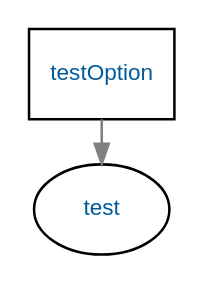
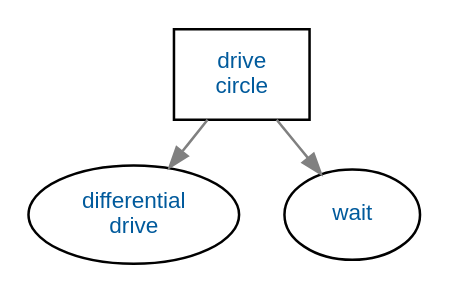
One commit to mrtndwrd/crax changed the diagram in JavaXabslImplementation/xabslTeam/xabsl-doc/svg/options.dot. Above: the diagram before and after it, drawn with Graphviz. The commit also changed 28 other files, not shown here.

```diff
--- a/JavaXabslImplementation/xabslTeam/xabsl-doc/svg/options.dot
+++ b/JavaXabslImplementation/xabslTeam/xabsl-doc/svg/options.dot
@@ -1,1 +1,1 @@
-digraph g {compound="true";bgcolor="";fontcolor="";fontname="";fontsize="";label="";margin="";nodesep="";rankdir="";ranksep="";ratio="";size="";node[label="testOption", color="",fillcolor="#FFFFFF",fixedsize="",fontcolor="#005A9C",fontname="Arial",fontsize="9",height="",shape="box",style="filled",URL="option.testOption.html",width="",] {option_testOption};node[label="test", color="",fillcolor="#FFFFFF",fixedsize="",fontcolor="#005A9C",fontname="Arial",fontsize="9",height="",shape="",style="filled",URL="basic-behaviors.my_basic_behaviors.html#test",width="",] {basic_behavior_test};edge[arrowhead="",arrowsize="0.8",arrowtail="",constraint="",color="#808080",decorate="",dir="",fontcolor="",fontname="",fontsize="",headlabel="",headport="",label="",labeldistance="",labelfloat="",labelfontcolor="",labelfontname="",labelfontsize="",minlen="",samehead="",sametail="",style="",taillabel="",tailport="",URL="",lhead="",ltail=""] option_testOption -> basic_behavior_test;}
+digraph g {compound="true";bgcolor="";fontcolor="";fontname="";fontsize="";label="";margin="";nodesep="";rankdir="";ranksep="";ratio="";size="";node[label="drive\ncircle", color="",fillcolor="#FFFFFF",fixedsize="",fontcolor="#005A9C",fontname="Arial",fontsize="9",height="",shape="box",style="filled",URL="option.drive_circle.html",width="",] {option_drive_circle};node[label="differential\ndrive", color="",fillcolor="#FFFFFF",fixedsize="",fontcolor="#005A9C",fontname="Arial",fontsize="9",height="",shape="",style="filled",URL="basic-behaviors.my_basic_behaviors.html#differential_drive",width="",] {basic_behavior_differential_drive};node[label="wait", color="",fillcolor="#FFFFFF",fixedsize="",fontcolor="#005A9C",fontname="Arial",fontsize="9",height="",shape="",style="filled",URL="basic-behaviors.my_basic_behaviors.html#wait",width="",] {basic_behavior_wait};edge[arrowhead="",arrowsize="0.8",arrowtail="",constraint="",color="#808080",decorate="",dir="",fontcolor="",fontname="",fontsize="",headlabel="",headport="",label="",labeldistance="",labelfloat="",labelfontcolor="",labelfontname="",labelfontsize="",minlen="",samehead="",sametail="",style="",taillabel="",tailport="",URL="",lhead="",ltail=""] option_drive_circle -> basic_behavior_differential_drive;edge[arrowhead="",arrowsize="0.8",arrowtail="",constraint="",color="#808080",decorate="",dir="",fontcolor="",fontname="",fontsize="",headlabel="",headport="",label="",labeldistance="",labelfloat="",labelfontcolor="",labelfontname="",labelfontsize="",minlen="",samehead="",sametail="",style="",taillabel="",tailport="",URL="",lhead="",ltail=""] option_drive_circle -> basic_behavior_wait;}
```
